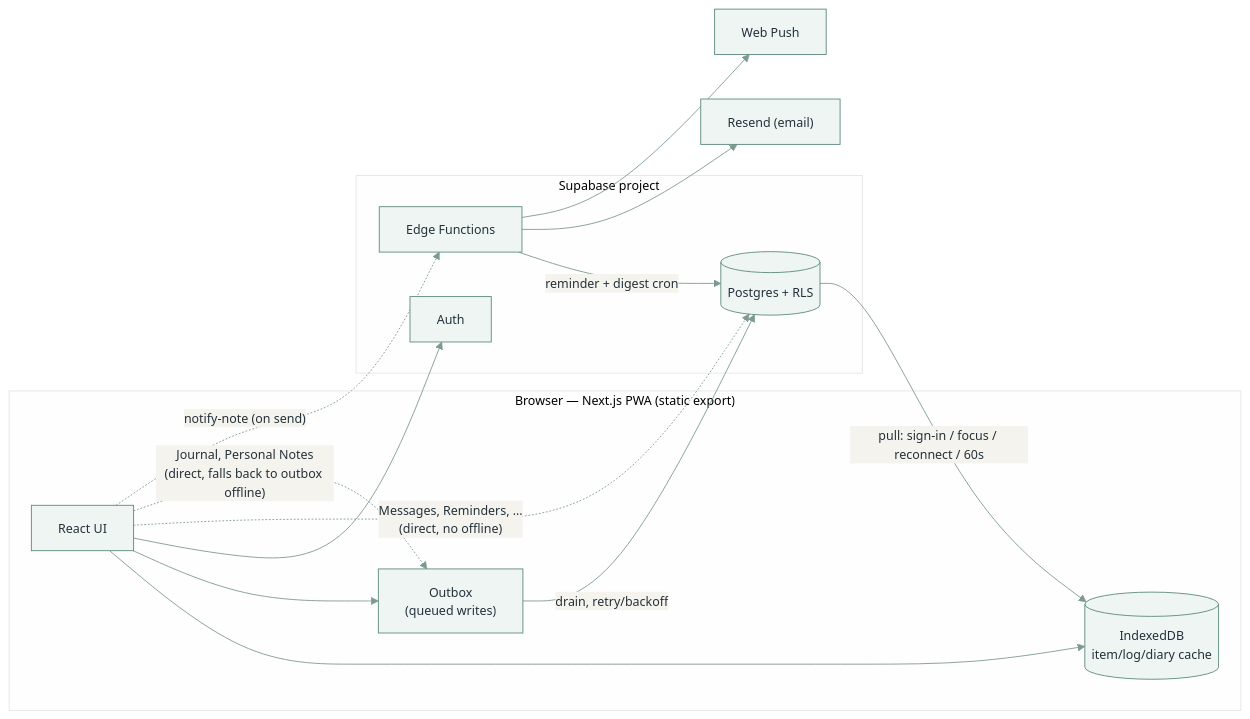
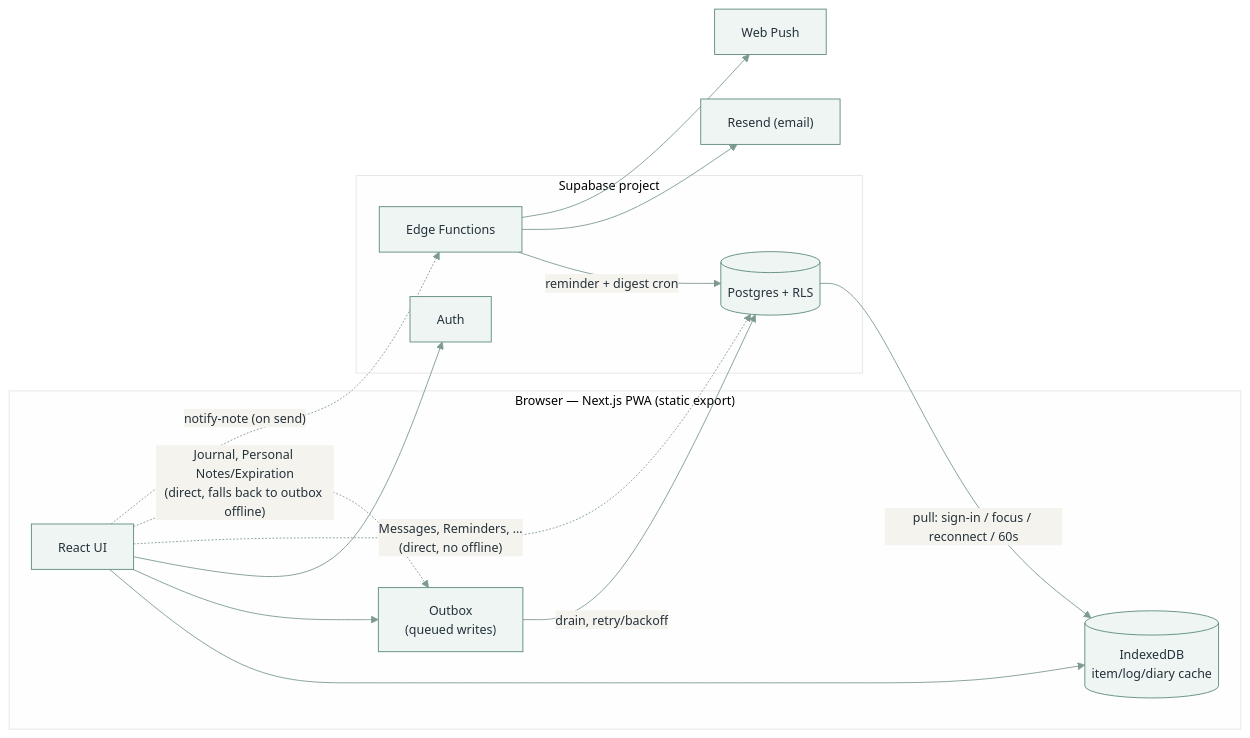
The diagram in README.md (xxvazquez/health-management), drawn with Mermaid before and after one commit. The commit also changed other lines of this file and 2 other files, not shown here.

First line of the commit message:
Give Personal Expiration the same offline fallback as Journal/Notes

````diff
--- a/README.md
+++ b/README.md
@@ -103,29 +103,29 @@
 ```mermaid
 %%{init: {"theme": "base", "themeVariables": {
   "primaryColor": "#eef5f3", "primaryBorderColor": "#5c8a7a",
   "primaryTextColor": "#24313a", "lineColor": "#7d9a90",
   "fontFamily": "Inter, -apple-system, sans-serif", "fontSize": "14px"
 }}}%%
 flowchart LR
     subgraph browser["Browser — Next.js PWA (static export)"]
         ui["React UI"]
         idb[("IndexedDB<br/>item/log/diary cache")]
         outbox["Outbox<br/>(queued writes)"]
         ui --> idb
         ui --> outbox
     end
     subgraph supa["Supabase project"]
         pg[("Postgres + RLS")]
         auth["Auth"]
         ef["Edge Functions"]
     end
     outbox -->|"drain, retry/backoff"| pg
     pg -->|"pull: sign-in / focus / reconnect / 60s"| idb
     ui --> auth
     ui -.->|"Messages, Reminders, …<br/>(direct, no offline)"| pg
-    ui -.->|"Journal, Personal Notes<br/>(direct, falls back to outbox offline)"| outbox
+    ui -.->|"Journal, Personal Notes/Expiration<br/>(direct, falls back to outbox offline)"| outbox
     ui -.->|"notify-note (on send)"| ef
     ef -->|"reminder + digest cron"| pg
     ef --> resend["Resend (email)"]
     ef --> push["Web Push"]
 ```
````
